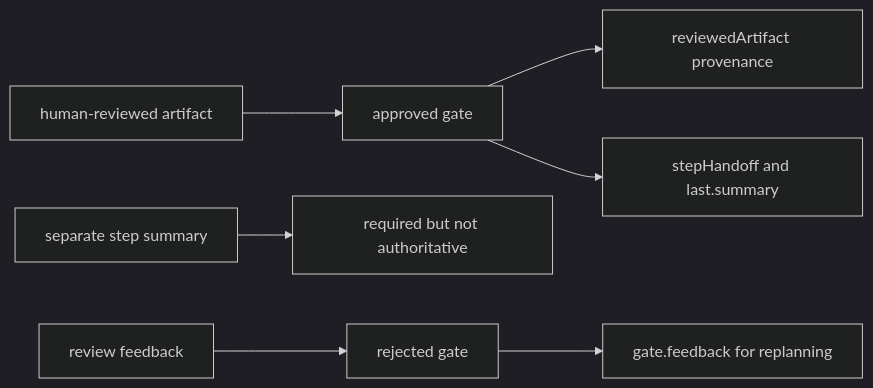
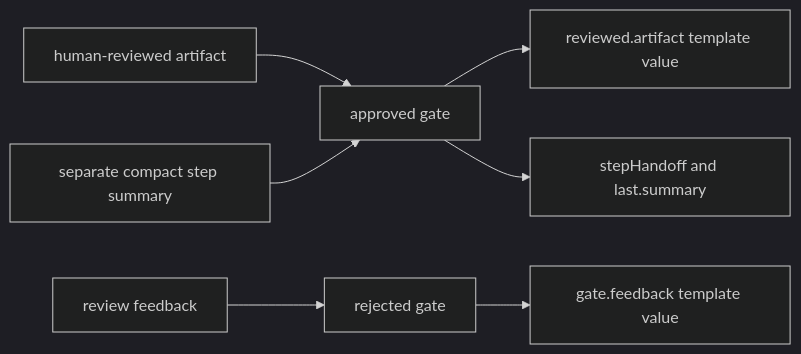
Before and after one commit to wichayutdew/pi-workflows: the sixth of 6 diagrams in openwiki/integrations/plannotator.md, drawn with Mermaid (dark theme). The commit also changed other lines of this file and 180 other files, not shown here.

````diff
--- a/openwiki/integrations/plannotator.md
+++ b/openwiki/integrations/plannotator.md
@@ -107,9 +106,9 @@
 ```mermaid
 flowchart LR
   ReviewedArtifact[human-reviewed artifact] --> Approved[approved gate]
-  Approved --> ReviewedState[reviewedArtifact provenance]
+  Approved --> ReviewedState[reviewed.artifact template value]
+  StepSummary[separate compact step summary] --> Approved
   Approved --> LastSummary[stepHandoff and last.summary]
-  StepSummary[separate step summary] --> NonAuthority[required but not authoritative]
   ReviewerFeedback[review feedback] --> Rejected[rejected gate]
-  Rejected --> GateFeedback[gate.feedback for replanning]
+  Rejected --> GateFeedback[gate.feedback template value]
 ```
````
